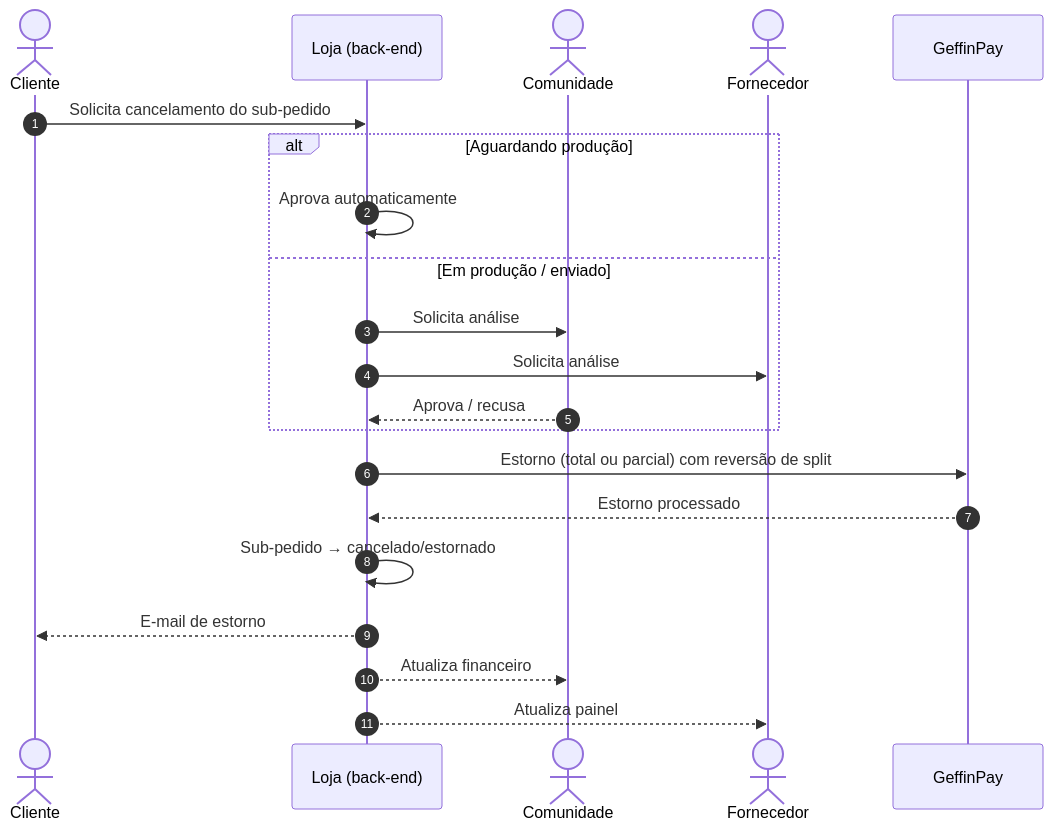
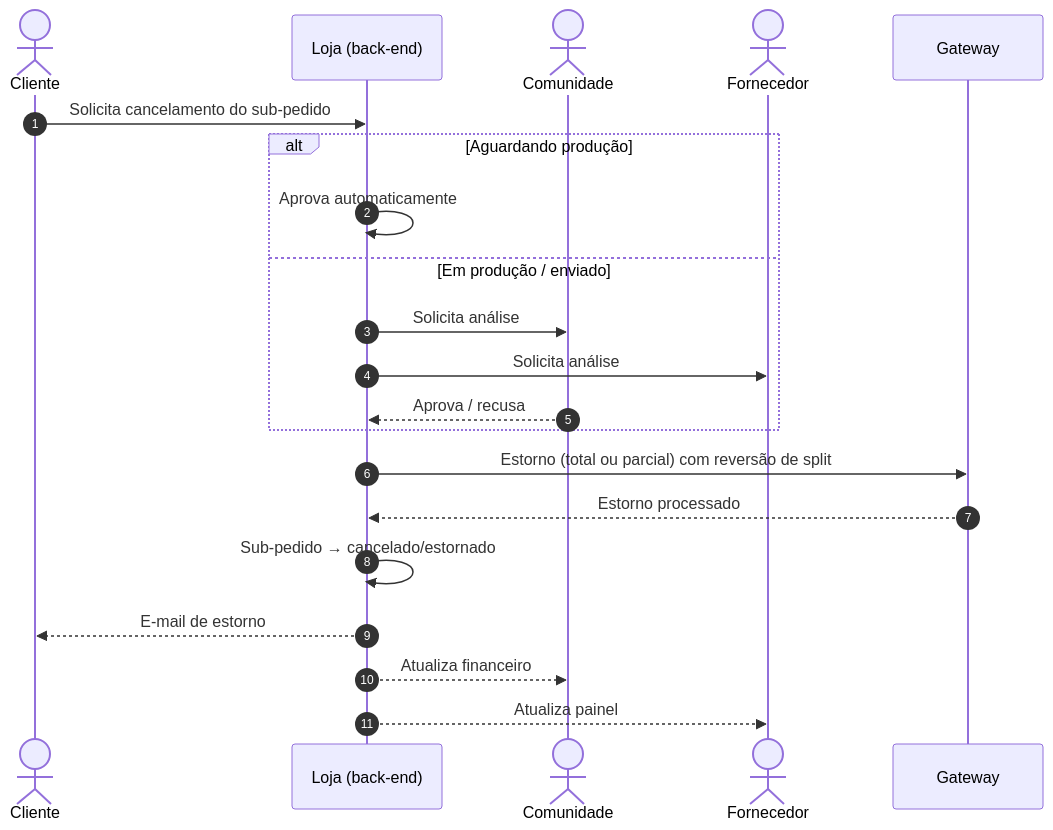
One commit to BdsOliveira/loja-tech-brasil changed diagram 20 of 29 in modelo-de-negocios.md. Above: the diagram before and after it, drawn with Mermaid. The commit also changed other lines of this file, not shown here.

Commit message:
docs: substitui marca do gateway de pagamento por termo genérico

````diff
--- a/modelo-de-negocios.md
+++ b/modelo-de-negocios.md
@@ -753,24 +753,24 @@
 ```mermaid
 sequenceDiagram
     autonumber
     actor Cliente
     participant Loja as Loja (back-end)
     actor Com as Comunidade
     actor Forn as Fornecedor
-    participant GEF as GeffinPay
+    participant GEF as Gateway
 
     Cliente->>Loja: Solicita cancelamento do sub-pedido
     alt Aguardando produção
         Loja->>Loja: Aprova automaticamente
     else Em produção / enviado
         Loja->>Com: Solicita análise
         Loja->>Forn: Solicita análise
         Com-->>Loja: Aprova / recusa
     end
     Loja->>GEF: Estorno (total ou parcial) com reversão de split
     GEF-->>Loja: Estorno processado
     Loja->>Loja: Sub-pedido → cancelado/estornado
     Loja-->>Cliente: E-mail de estorno
     Loja-->>Com: Atualiza financeiro
     Loja-->>Forn: Atualiza painel
 ```
````
